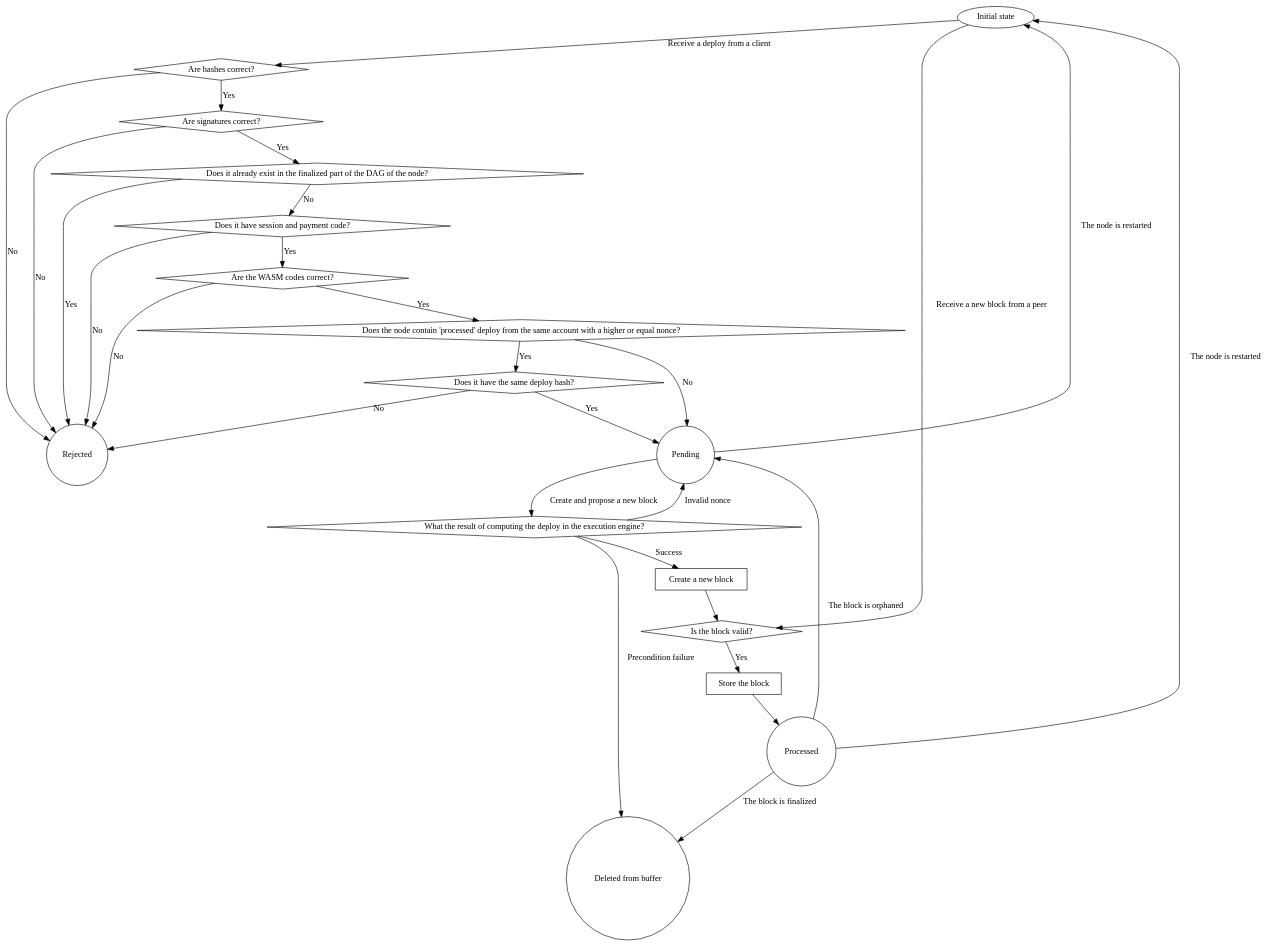
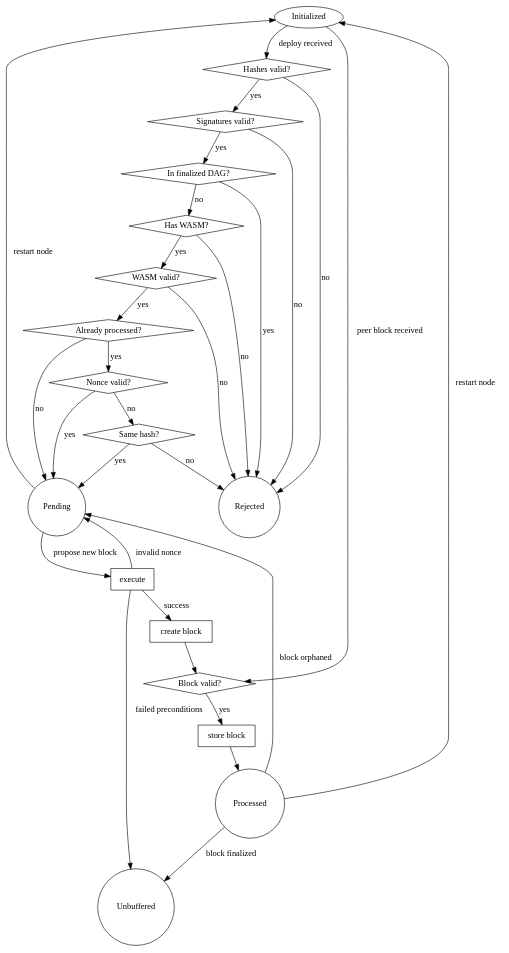
One commit to sacherjj/CasperLabs changed the diagram in casper/src/main/scala/io/casperlabs/casper/deploybuffer/deploys_processing.gv. Above: the diagram before and after it, drawn with Graphviz.

Commit message:
NODE-721: Code review: Improve English

```diff
--- a/casper/src/main/scala/io/casperlabs/casper/deploybuffer/deploys_processing.gv
+++ b/casper/src/main/scala/io/casperlabs/casper/deploybuffer/deploys_processing.gv
@@ -1,65 +1,69 @@
 digraph deploy_processing_finite_state_machine {
 /*
     For visualisation install the Graphviz package: https://www.graphviz.org
     Compile to image using the example command: dot -Gdpi=100 -Tjpeg -o deploys.jpeg deploys_processing_fsm.gv
 */
-	initial[shape="ellipse" label="Initial state"];
+	initialized[shape="ellipse" label="Initialized"];
 	rejected[shape="circle" label="Rejected"];
-	check_hashes[shape="diamond" label="Are hashes correct?"];
-	check_signatures[shape="diamond" label="Are signatures correct?"];
-	check_preexistence[shape="diamond" label="Does it already exist in the finalized part of the DAG of the node?"];
-	check_session_and_payment_code[shape="diamond" label="Does it have session and payment code?"];
-	check_nonce_step_one[shape="diamond" label="Does the node contain 'processed' deploy from the same account with a higher or equal nonce?"]
-    check_nonce_step_two[shape="diamond" label="Does it have the same deploy hash?"];
-	check_wasm[shape="diamond" label="Are the WASM codes correct?"];
+	check_hashes[shape="diamond" label="Hashes valid?"];
+	check_signatures[shape="diamond" label="Signatures valid?"];
+	check_preexistence[shape="diamond" label="In finalized DAG?"];
+	check_session_and_payment_code[shape="diamond" label="Has WASM?"];
+	check_nonce_step_one[shape="diamond" label="Already processed?"]
+	check_nonce_step_two[shape="diamond" label="Nonce valid?"]
+    check_nonce_step_three[shape="diamond" label="Same hash?"];
+	check_wasm[shape="diamond" label="WASM valid?"];
 
 	pending[shape="circle" label="Pending"];
 	processed[shape="circle" label="Processed"];
-	deleted[shape="circle" label="Deleted from buffer"];
+	deleted[shape="circle" label="Unbuffered"];
 
-	check_computation_result[shape="diamond" label="What the result of computing the deploy in the execution engine?"];
-	valid_block[shape="diamond" label="Is the block valid?"];
-	create_block[shape="box" label="Create a new block"];
-	store_block[shape="box" label="Store the block"];
+	check_computation_result[shape="box" label="execute"];
+	valid_block[shape="diamond" label="Block valid?"];
+	create_block[shape="box" label="create block"];
+	store_block[shape="box" label="store block"];
 
-	initial -> check_hashes [label="Receive a deploy from a client"];
+	initialized -> check_hashes [label="deploy received"];
 
-	check_hashes -> check_signatures [label="Yes"];
-	check_hashes -> rejected [label="No"];
+	check_hashes -> check_signatures [label="yes"];
+	check_hashes -> rejected [label="no"];
 
-	check_signatures -> check_preexistence [label="Yes"];
-	check_signatures -> rejected [label="No"];
+	check_signatures -> check_preexistence [label="yes"];
+	check_signatures -> rejected [label="no"];
 
-	check_preexistence -> check_session_and_payment_code [label="No"];
-	check_preexistence -> rejected [label="Yes"];
+	check_preexistence -> check_session_and_payment_code [label="no"];
+	check_preexistence -> rejected [label="yes"];
 
-	check_session_and_payment_code -> check_wasm [label="Yes"];
-	check_session_and_payment_code -> rejected [label="No"];
+	check_session_and_payment_code -> check_wasm [label="yes"];
+	check_session_and_payment_code -> rejected [label="no"];
 
-	check_wasm -> check_nonce_step_one [label="Yes"];
-	check_wasm -> rejected [label="No"];
+	check_wasm -> check_nonce_step_one [label="yes"];
+	check_wasm -> rejected [label="no"];
 
-	check_nonce_step_one -> pending [label="No"];
-	check_nonce_step_one -> check_nonce_step_two [label="Yes"];
+	check_nonce_step_one -> pending [label="no"];
+	check_nonce_step_one -> check_nonce_step_two [label="yes"];
 
-	check_nonce_step_two -> pending [label="Yes"];
-	check_nonce_step_two -> rejected [label="No"];
+	check_nonce_step_two -> pending [label="yes"];
+	check_nonce_step_two -> check_nonce_step_three [label="no"];
 
-	pending -> check_computation_result [label="Create and propose a new block"];
-	check_computation_result -> deleted [label="Precondition failure"];
-	check_computation_result -> pending [label="Invalid nonce"];
-	check_computation_result -> create_block [label="Success"];
+    check_nonce_step_three -> pending [label="yes"];
+    check_nonce_step_three -> rejected [label="no"];
+
+	pending -> check_computation_result [label="propose new block"];
+	check_computation_result -> deleted [label="failed preconditions"];
+	check_computation_result -> pending [label="invalid nonce"];
+	check_computation_result -> create_block [label="success"];
 
 	create_block -> valid_block;
 
-	valid_block -> store_block [label="Yes"];
+	valid_block -> store_block [label="yes"];
 
 	store_block -> processed;
-	processed -> pending [label="The block is orphaned"];
-	processed -> deleted [label="The block is finalized"];
+	processed -> pending [label="block orphaned"];
+	processed -> deleted [label="block finalized"];
 
-	initial -> valid_block [label="Receive a new block from a peer"];
+	initialized -> valid_block [label="peer block received"];
 
-	pending -> initial [label="The node is restarted"];
-	processed -> initial [label="The node is restarted"];
+	pending -> initialized [label="restart node"];
+	processed -> initialized [label="restart node"];
 }
```
